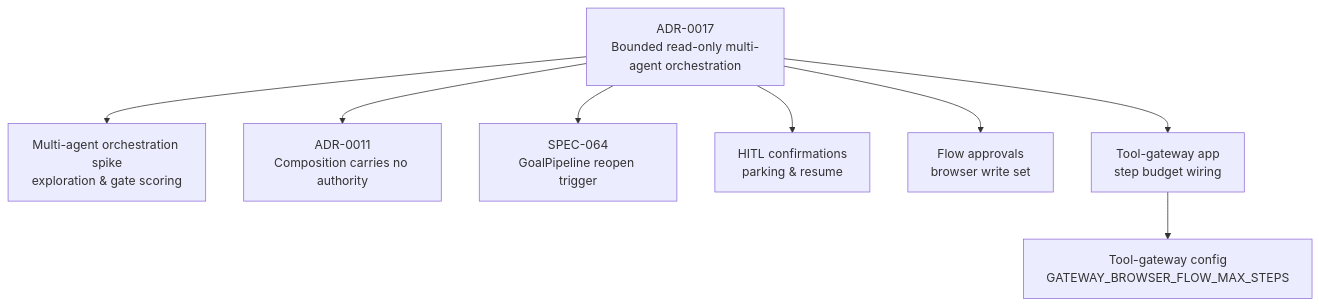
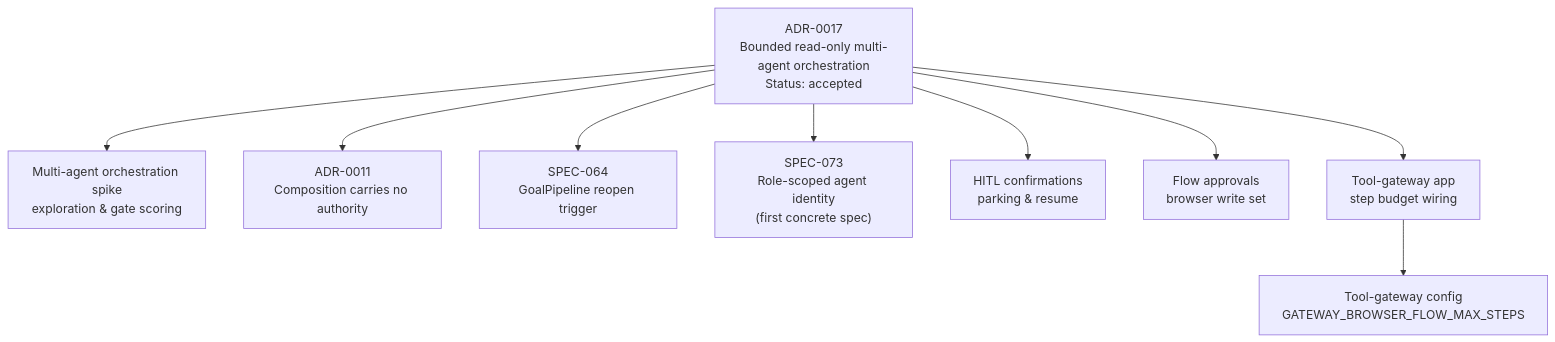
Before and after one commit to metasync/luban-aiops: the first of 9 diagrams in .qoder/repowiki/en/content/Platform Overview/ADR-0017_ Bounded Read-Only Multi-Agent Orchestration.md, drawn with Mermaid. The commit also changed other lines of this file and 4 other files, not shown here.

````diff
--- a/.qoder/repowiki/en/content/Platform Overview/ADR-0017_ Bounded Read-Only Multi-Agent Orchestration.md
+++ b/.qoder/repowiki/en/content/Platform Overview/ADR-0017_ Bounded Read-Only Multi-Agent Orchestration.md
@@ -37,18 +50,20 @@
 ```mermaid
 graph TB
-ADR["ADR-0017<br/>Bounded read-only multi-agent orchestration"]
+ADR["ADR-0017<br/>Bounded read-only multi-agent orchestration<br/>Status: accepted"]
 SPIKE["Multi-agent orchestration spike<br/>exploration & gate scoring"]
 COMP_ADR["ADR-0011<br/>Composition carries no authority"]
 SPEC64["SPEC-064<br/>GoalPipeline reopen trigger"]
+SPEC073["SPEC-073<br/>Role-scoped agent identity<br/>(first concrete spec)"]
 HITL["HITL confirmations<br/>parking & resume"]
 FLOW["Flow approvals<br/>browser write set"]
 GW_APP["Tool-gateway app<br/>step budget wiring"]
 GW_CFG["Tool-gateway config<br/>GATEWAY_BROWSER_FLOW_MAX_STEPS"]
 ADR --> SPIKE
 ADR --> COMP_ADR
 ADR --> SPEC64
+ADR --> SPEC073
 ADR --> HITL
 ADR --> FLOW
 ADR --> GW_APP
 GW_APP --> GW_CFG
 ```
````
